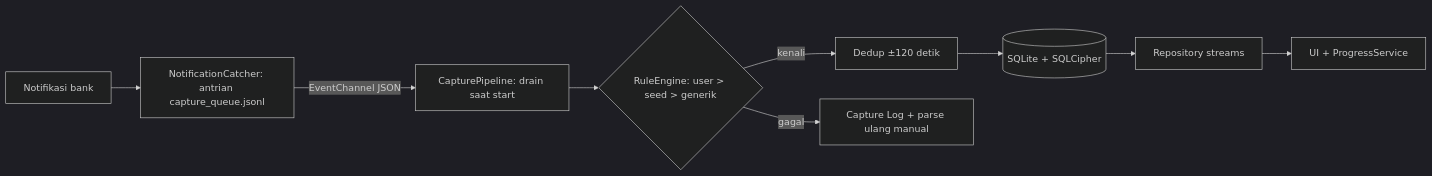
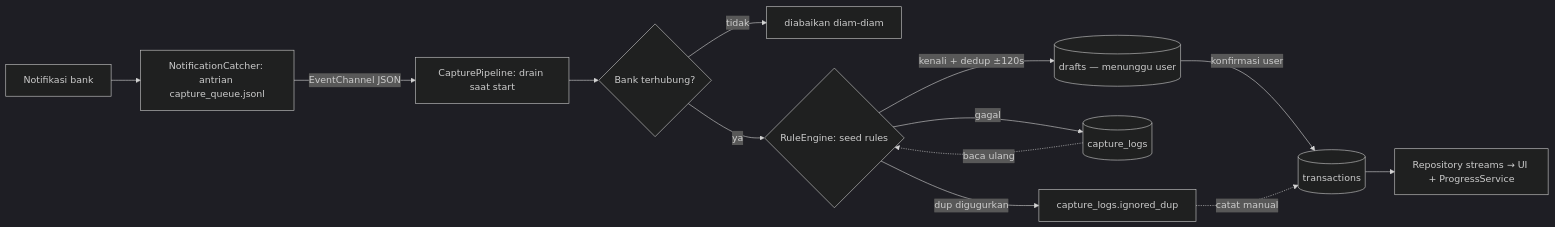
The diagram in docs/ARCHITECTURE.md (iqbalmu/catatim), drawn with Mermaid (dark theme) before and after one commit. The commit also changed other lines of this file and 16 other files, not shown here.

First line of the commit message:
fix(capture): harden pencatatan transaksi — dedup raceless, dup terlihat, user_rules dipensiunkan

````diff
--- a/docs/ARCHITECTURE.md
+++ b/docs/ARCHITECTURE.md
@@ -34,11 +32,15 @@
 ```mermaid
 flowchart LR
     A[Notifikasi bank] --> B[NotificationCatcher: antrian capture_queue.jsonl]
     B -->|EventChannel JSON| C[CapturePipeline: drain saat start]
-    C --> D{RuleEngine: user > seed > generik}
-    D -->|kenali| E[Dedup ±120 detik]
-    D -->|gagal| F[Capture Log + parse ulang manual]
-    E --> G[(SQLite + SQLCipher)]
-    G --> H[Repository streams]
-    H --> I[UI + ProgressService]
+    C --> D{Bank terhubung?}
+    D -->|tidak| X[diabaikan diam-diam]
+    D -->|ya| E{RuleEngine: seed rules}
+    E -->|kenali + dedup ±120s| F[(drafts — menunggu user)]
+    E -->|gagal| G[(capture_logs)]
+    E -->|dup digugurkan| H[capture_logs.ignored_dup]
+    F -->|konfirmasi user| I[(transactions)]
+    G -.->|baca ulang| E
+    H -.->|catat manual| I
+    I --> J[Repository streams → UI + ProgressService]
 ```
````
